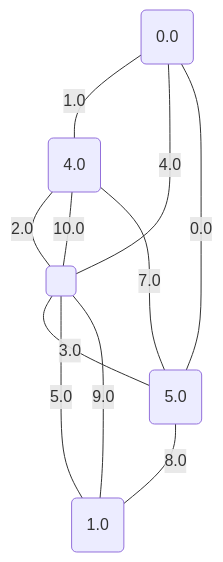
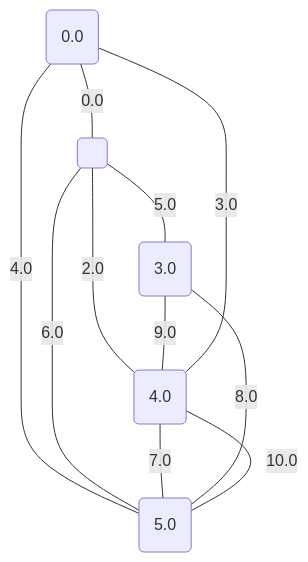
Before and after one commit to metury/graphs: diagram 11 of 17 in project/src/testing/minCutPetersen.md, drawn with Mermaid. The commit also changed other lines of this file and 27 other files, not shown here.

````diff
--- a/project/src/testing/minCutPetersen.md
+++ b/project/src/testing/minCutPetersen.md
@@ -291,18 +291,18 @@
 ```mermaid
 graph TD;
 0("0.0");
-1("1.0");
+1("3.0");
 2("4.0");
 3("5.0");
 4(" ");
-	3 -- "0.0" --- 0;
-	0 -- "1.0" --- 2;
-	2 -- "2.0" --- 4;
-	4 -- "3.0" --- 3;
-	0 -- "4.0" --- 4;
+	0 -- "0.0" --- 4;
+	4 -- "2.0" --- 2;
+	2 -- "3.0" --- 0;
+	0 -- "4.0" --- 3;
 	4 -- "5.0" --- 1;
-	3 -- "7.0" --- 2;
-	3 -- "8.0" --- 1;
-	4 -- "9.0" --- 1;
-	2 -- "10.0" --- 4;
+	4 -- "6.0" --- 3;
+	2 -- "7.0" --- 3;
+	1 -- "8.0" --- 3;
+	1 -- "9.0" --- 2;
+	3 -- "10.0" --- 2;
 ```
````
